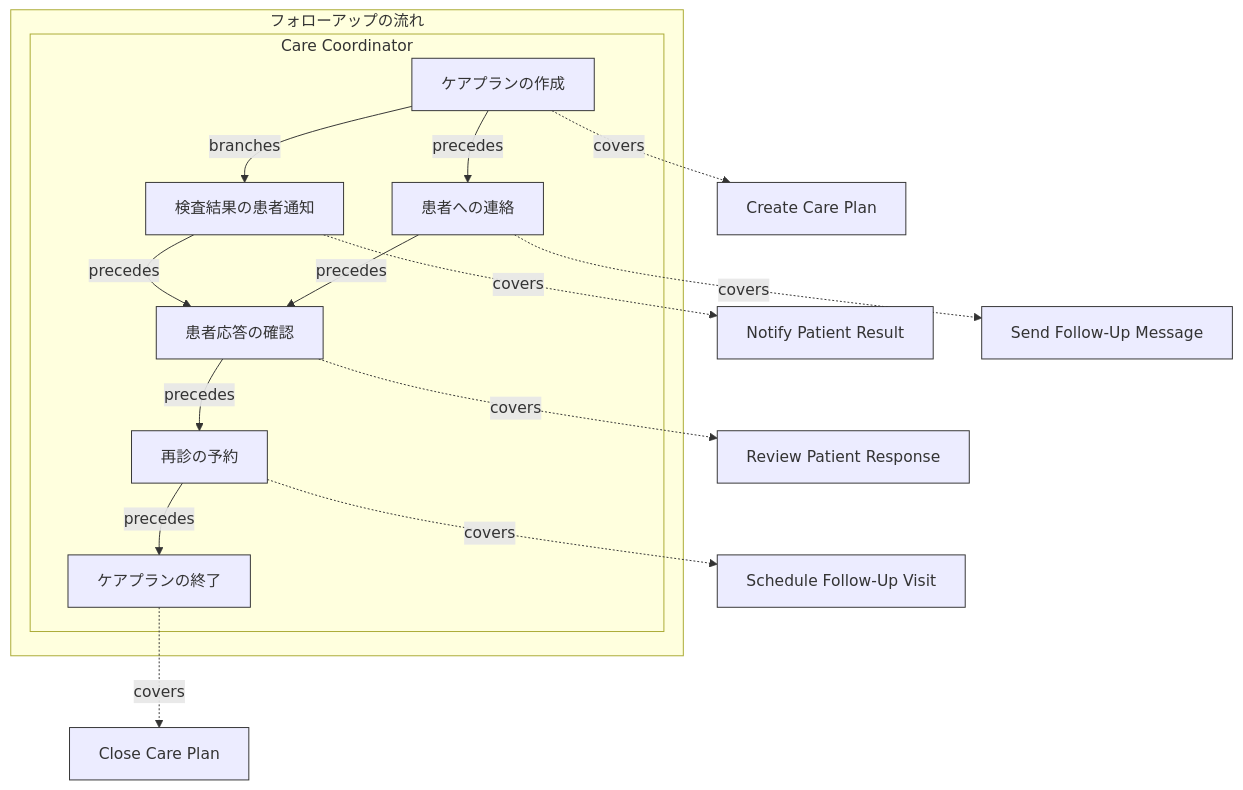
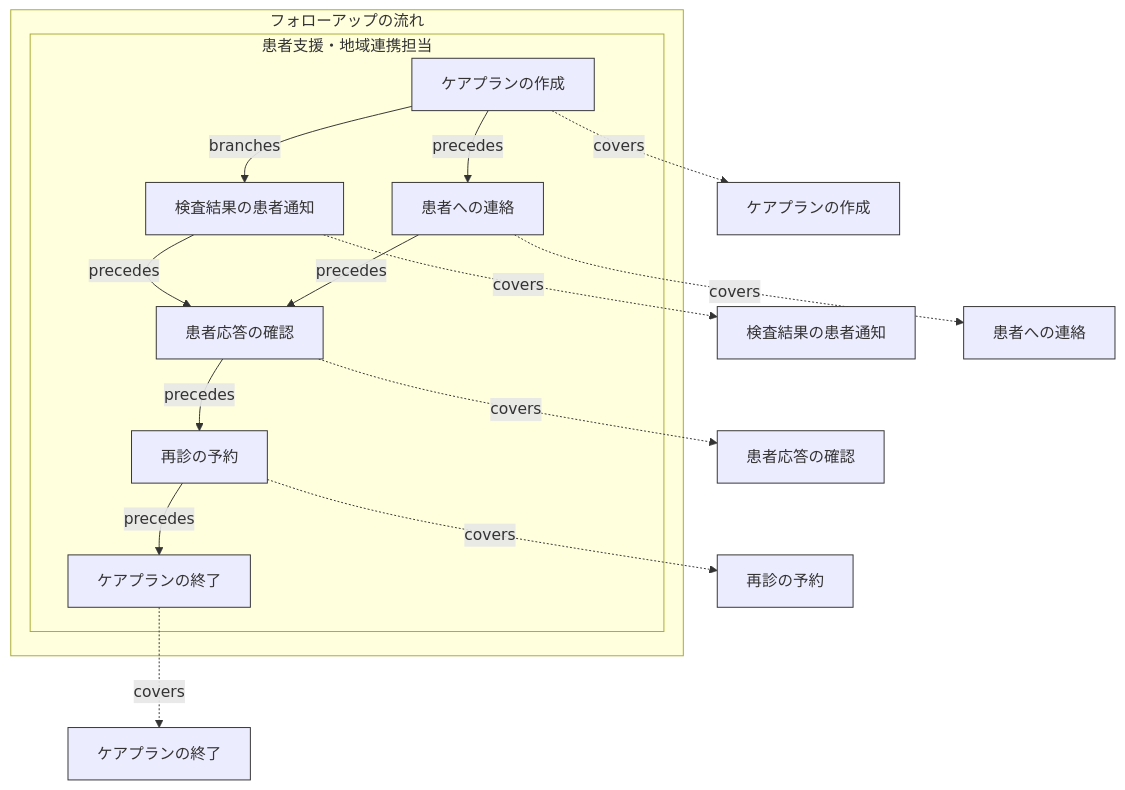
Before and after one commit to manji-0/rdra-ish-dsl: diagram 20 of 27 in samples/clinic-ops/design-sample.md, drawn with Mermaid. The commit also changed other lines of this file and 41 other files, not shown here.

````diff
--- a/samples/clinic-ops/design-sample.md
+++ b/samples/clinic-ops/design-sample.md
@@ -2217,39 +2217,39 @@
 ```mermaid
 %% rdra-ish diagram=flow scope=buc:BucFollowupCare model=samples/clinic-ops
 %% kinds: flow step lane usecase
 %% omitted: buc
 flowchart TD
   subgraph flow__FollowupFlow["フォローアップの流れ"]
-    subgraph lane__FollowupFlow__CareCoordinator["Care Coordinator"]
+    subgraph lane__FollowupFlow__CareCoordinator["患者支援・地域連携担当"]
       %% lane lane__FollowupFlow__CareCoordinator: actor__CareCoordinator
       step__CarePlanStep["ケアプランの作成"]:::step
       step__FollowUpMsgStep["患者への連絡"]:::step
       step__PlanCloseStep["ケアプランの終了"]:::step
       step__ResponseStep["患者応答の確認"]:::step
       step__ResultNoticeStep["検査結果の患者通知"]:::step
       step__RevisitStep["再診の予約"]:::step
     end
   end
-  usecase__CloseCarePlan["Close Care Plan"]:::usecase
-  usecase__CreateCarePlan["Create Care Plan"]:::usecase
-  usecase__NotifyPatientResult["Notify Patient Result"]:::usecase
-  usecase__ReviewPatientResponse["Review Patient Response"]:::usecase
-  usecase__ScheduleFollowUpVisit["Schedule Follow-Up Visit"]:::usecase
-  usecase__SendFollowUpMessage["Send Follow-Up Message"]:::usecase
+  usecase__CloseCarePlan["ケアプランの終了"]:::usecase
+  usecase__CreateCarePlan["ケアプランの作成"]:::usecase
+  usecase__NotifyPatientResult["検査結果の患者通知"]:::usecase
+  usecase__ReviewPatientResponse["患者応答の確認"]:::usecase
+  usecase__ScheduleFollowUpVisit["再診の予約"]:::usecase
+  usecase__SendFollowUpMessage["患者への連絡"]:::usecase
   step__CarePlanStep -->|branches| step__ResultNoticeStep
   step__CarePlanStep -.->|covers| usecase__CreateCarePlan
   step__CarePlanStep -->|precedes| step__FollowUpMsgStep
   step__FollowUpMsgStep -.->|covers| usecase__SendFollowUpMessage
   step__FollowUpMsgStep -->|precedes| step__ResponseStep
   step__PlanCloseStep -.->|covers| usecase__CloseCarePlan
   step__ResponseStep -.->|covers| usecase__ReviewPatientResponse
   step__ResponseStep -->|precedes| step__RevisitStep
   step__ResultNoticeStep -.->|covers| usecase__NotifyPatientResult
   step__ResultNoticeStep -->|precedes| step__ResponseStep
   step__RevisitStep -.->|covers| usecase__ScheduleFollowUpVisit
   step__RevisitStep -->|precedes| step__PlanCloseStep
   classDef flow stroke:#333;
   classDef step stroke:#333;
   classDef lane stroke:#333;
   classDef usecase stroke:#333;
 ```
````
